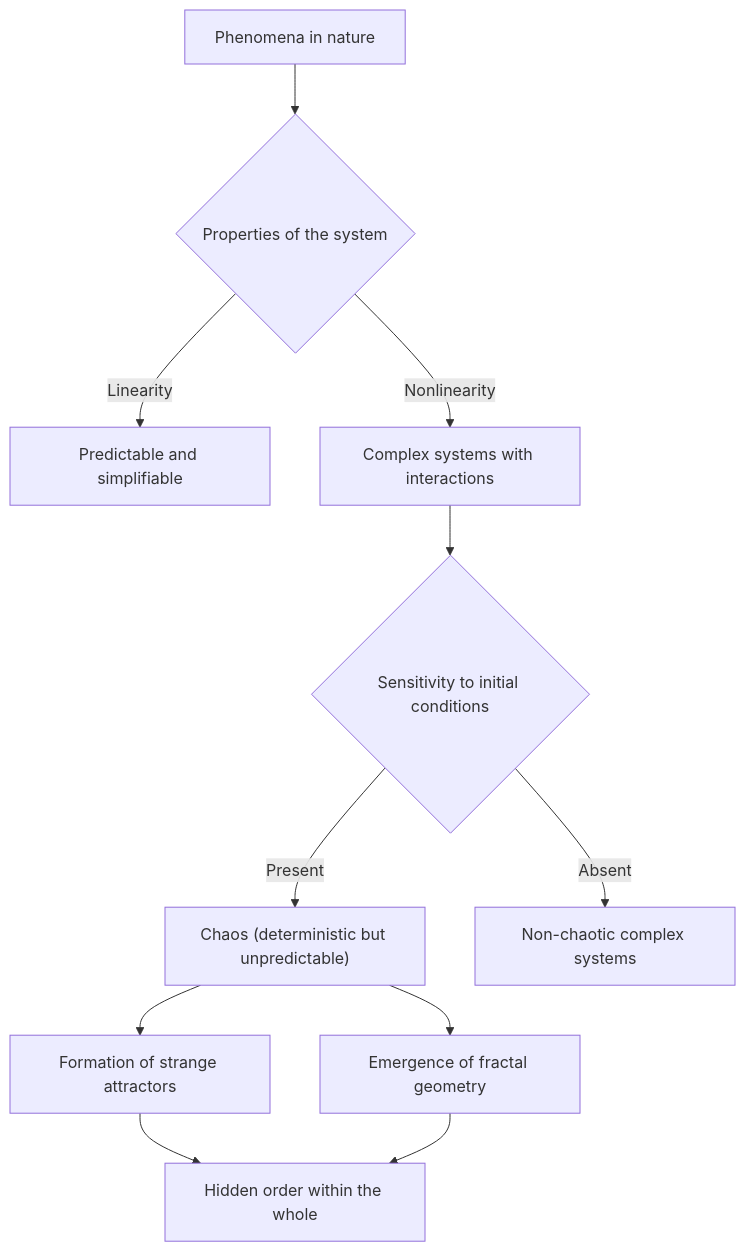
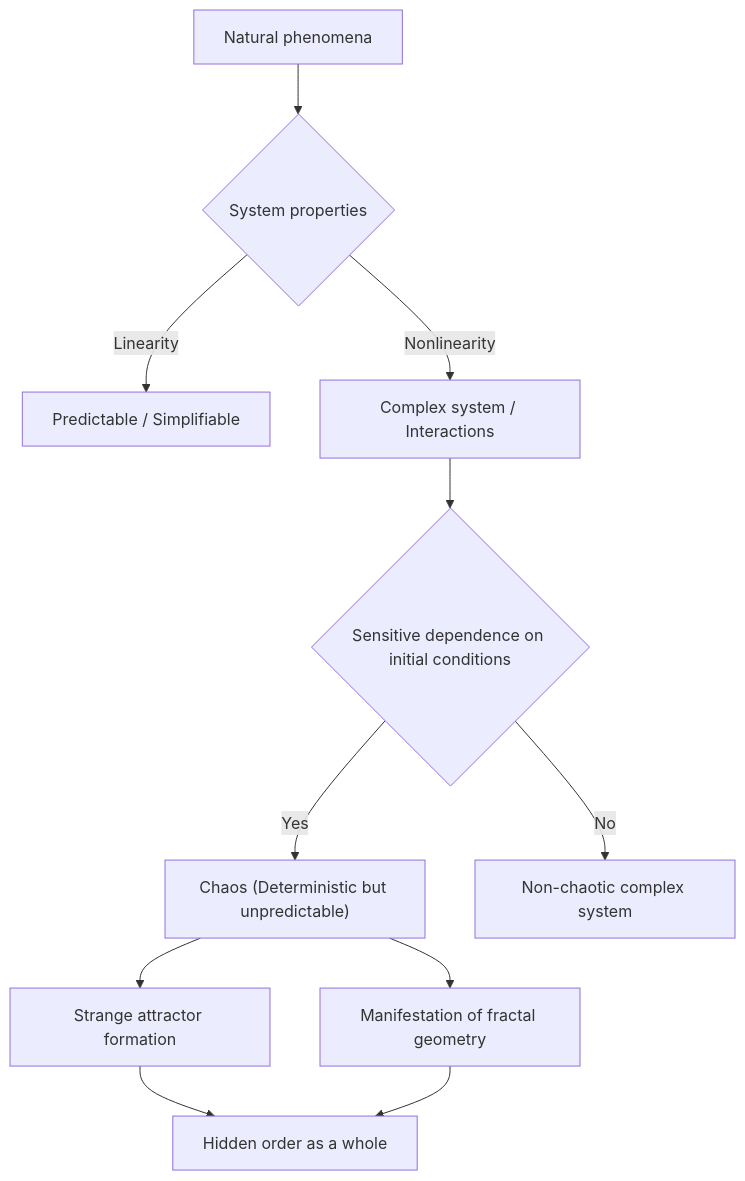
One commit to kenjinote/blog changed the second of 2 diagrams in content/post/chaos-theory/index.en.md. Above: the diagram before and after it, drawn with Mermaid. The commit also changed other lines of this file and 97 other files, not shown here.

````diff
--- a/content/post/chaos-theory/index.en.md
+++ b/content/post/chaos-theory/index.en.md
@@ -201,13 +201,13 @@
 ```mermaid
 graph TD
-    A["Phenomena in nature"] --> B{"Properties of the system"}
-    B -->|"Linearity"| C["Predictable and simplifiable"]
-    B -->|"Nonlinearity"| D["Complex systems with interactions"]
-    D --> E{"Sensitivity to initial conditions"}
-    E -->|"Present"| F["Chaos (deterministic but unpredictable)"]
-    E -->|"Absent"| G["Non-chaotic complex systems"]
-    F --> H["Formation of strange attractors"]
-    F --> I["Emergence of fractal geometry"]
-    H --> J["Hidden order within the whole"]
+    A["Natural phenomena"] --> B{"System properties"}
+    B -->|"Linearity"| C["Predictable / Simplifiable"]
+    B -->|"Nonlinearity"| D["Complex system / Interactions"]
+    D --> E{"Sensitive dependence on initial conditions"}
+    E -->|"Yes"| F["Chaos (Deterministic but unpredictable)"]
+    E -->|"No"| G["Non-chaotic complex system"]
+    F --> H["Strange attractor formation"]
+    F --> I["Manifestation of fractal geometry"]
+    H --> J["Hidden order as a whole"]
     I --> J
 ```
````
